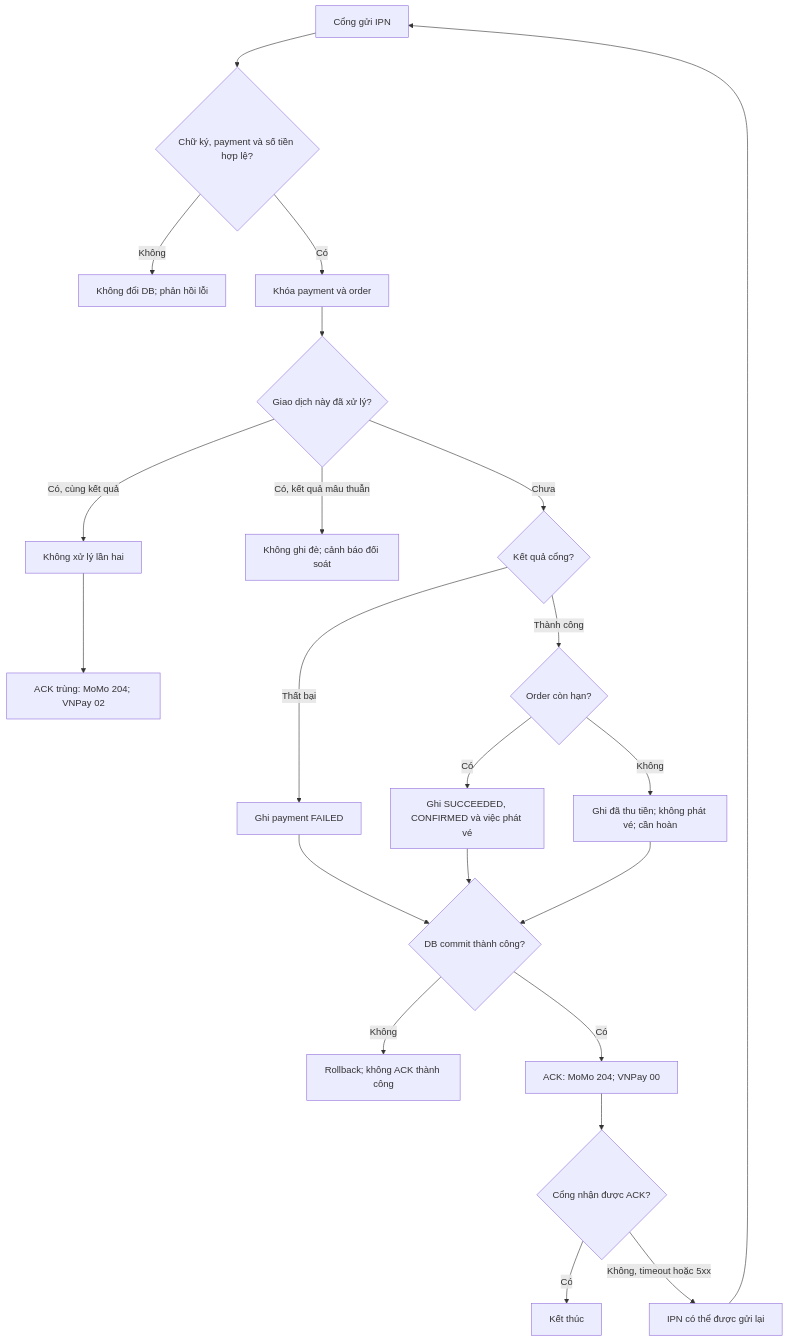
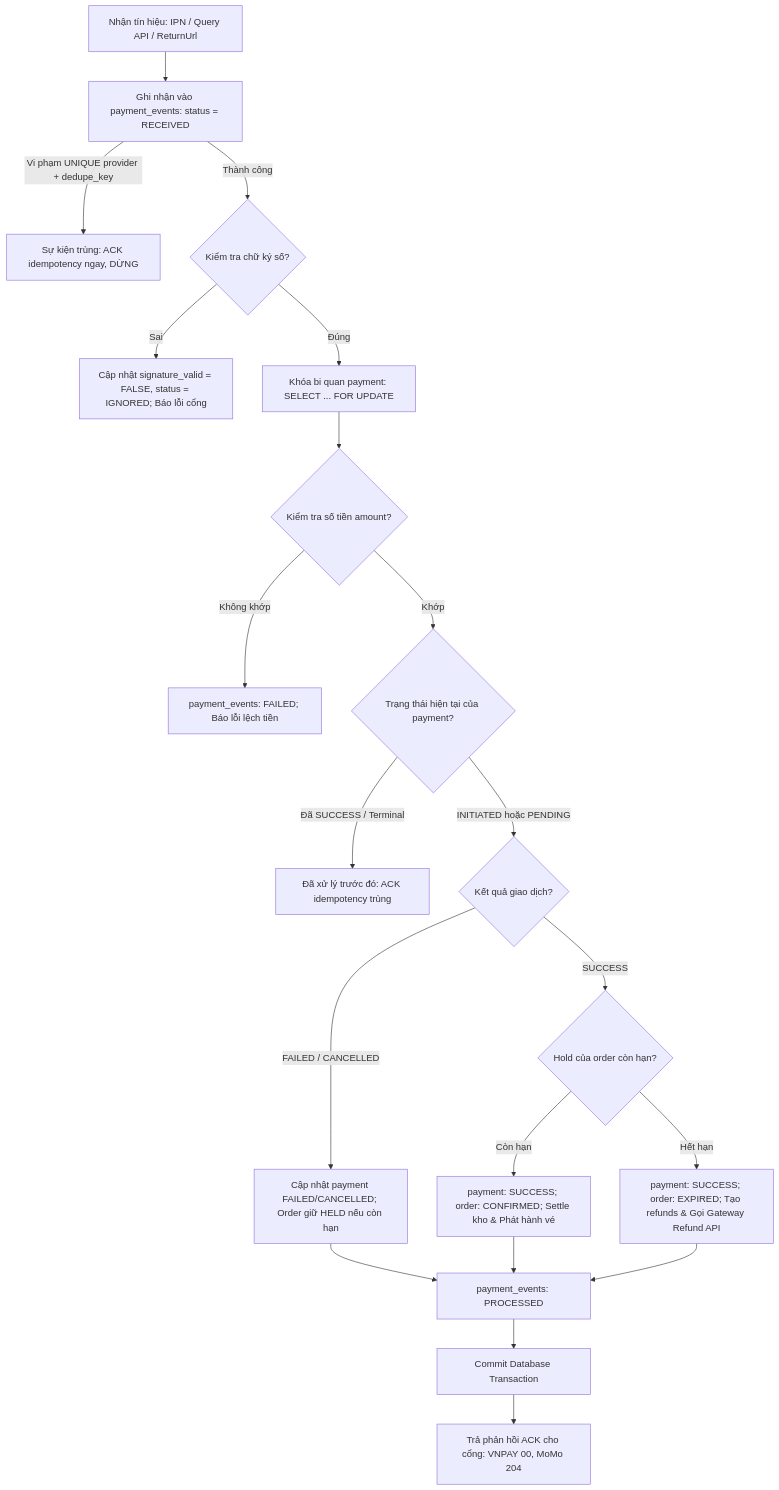
Before and after one commit to quocthaiLN/Ticket-Box: the second of 2 diagrams in blueprint/specs/details/17-payment-resilience.md, drawn with Mermaid. The commit also changed other lines of this file and 9 other files, not shown here.

Commit message:
docs: standardize baseline payment specs and design fault-tolerant resilience architecture

```diff
--- a/blueprint/specs/details/17-payment-resilience.md
+++ b/blueprint/specs/details/17-payment-resilience.md
@@ -80,24 +152,22 @@
 ~~~mermaid
 flowchart TD
-  A[Cổng gửi IPN] --> B{Chữ ký, payment và số tiền hợp lệ?}
-  B -->|Không| C[Không đổi DB; phản hồi lỗi]
-  B -->|Có| D[Khóa payment và order]
-  D --> E{Giao dịch này đã xử lý?}
-  E -->|Có, cùng kết quả| F[Không xử lý lần hai]
-  F --> G[ACK trùng: MoMo 204; VNPay 02]
-  E -->|Có, kết quả mâu thuẫn| S[Không ghi đè; cảnh báo đối soát]
-  E -->|Chưa| H{Kết quả cổng?}
-  H -->|Thất bại| I[Ghi payment FAILED]
-  H -->|Thành công| J{Order còn hạn?}
-  J -->|Có| K[Ghi SUCCEEDED, CONFIRMED và việc phát vé]
-  J -->|Không| L[Ghi đã thu tiền; không phát vé; cần hoàn]
-  I --> M{DB commit thành công?}
-  K --> M
-  L --> M
-  M -->|Không| N[Rollback; không ACK thành công]
-  M -->|Có| O[ACK: MoMo 204; VNPay 00]
-  O --> P{Cổng nhận được ACK?}
-  P -->|Có| Q[Kết thúc]
-  P -->|Không, timeout hoặc 5xx| R[IPN có thể được gửi lại]
-  R --> A
+    A[Nhận tín hiệu: IPN / Query API / ReturnUrl] --> B[Ghi nhận vào payment_events: status = RECEIVED]
+    B -->|Vi phạm UNIQUE provider + dedupe_key| C[Sự kiện trùng: ACK idempotency ngay, DỪNG]
+    B -->|Thành công| D{Kiểm tra chữ ký số?}
+    D -->|Sai| E[Cập nhật signature_valid = FALSE, status = IGNORED; Báo lỗi cổng]
+    D -->|Đúng| F[Khóa bi quan payment: SELECT ... FOR UPDATE]
+    F --> G{Kiểm tra số tiền amount?}
+    G -->|Không khớp| H[payment_events: FAILED; Báo lỗi lệch tiền]
+    G -->|Khớp| I{Trạng thái hiện tại của payment?}
+    I -->|Đã SUCCESS / Terminal| J[Đã xử lý trước đó: ACK idempotency trùng]
+    I -->|INITIATED hoặc PENDING| K{Kết quả giao dịch?}
+    K -->|FAILED / CANCELLED| L[Cập nhật payment FAILED/CANCELLED; Order giữ HELD nếu còn hạn]
+    K -->|SUCCESS| M{Hold của order còn hạn?}
+    M -->|Còn hạn| N[payment: SUCCESS; order: CONFIRMED; Settle kho & Phát hành vé]
+    M -->|Hết hạn| O[payment: SUCCESS; order: EXPIRED; Tạo refunds & Gọi Gateway Refund API]
+    L --> P[payment_events: PROCESSED]
+    N --> P
+    O --> P
+    P --> Q[Commit Database Transaction]
+    Q --> R[Trả phản hồi ACK cho cổng: VNPAY 00, MoMo 204]
 ~~~
```
